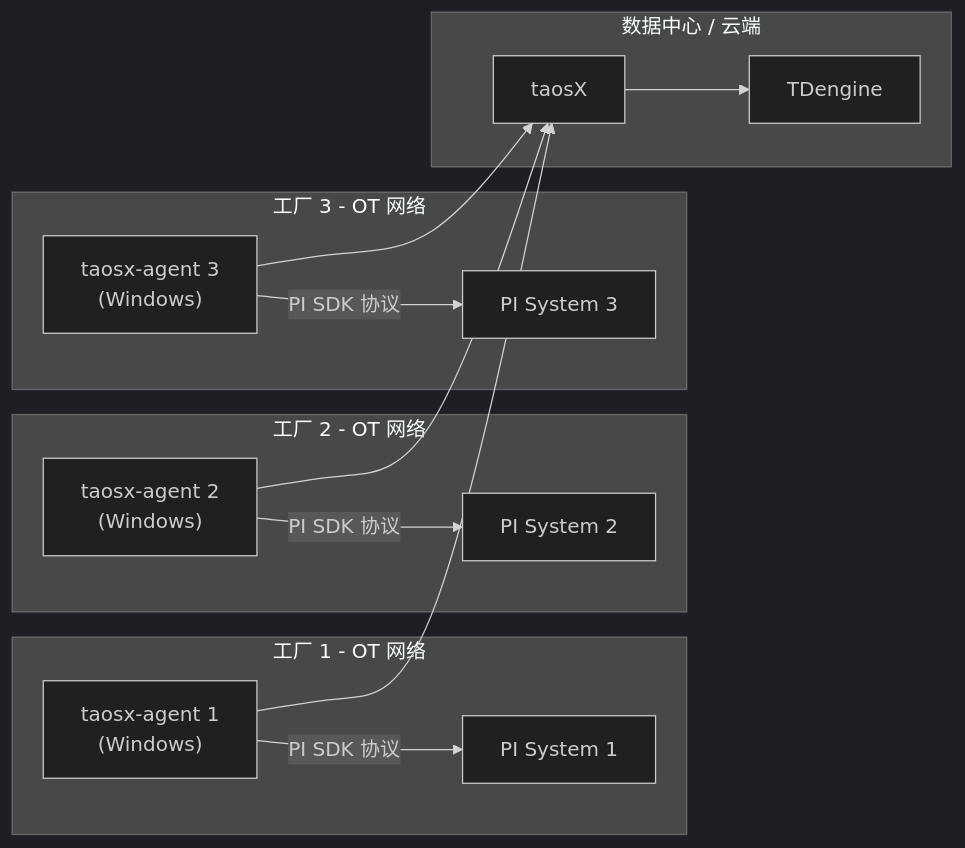
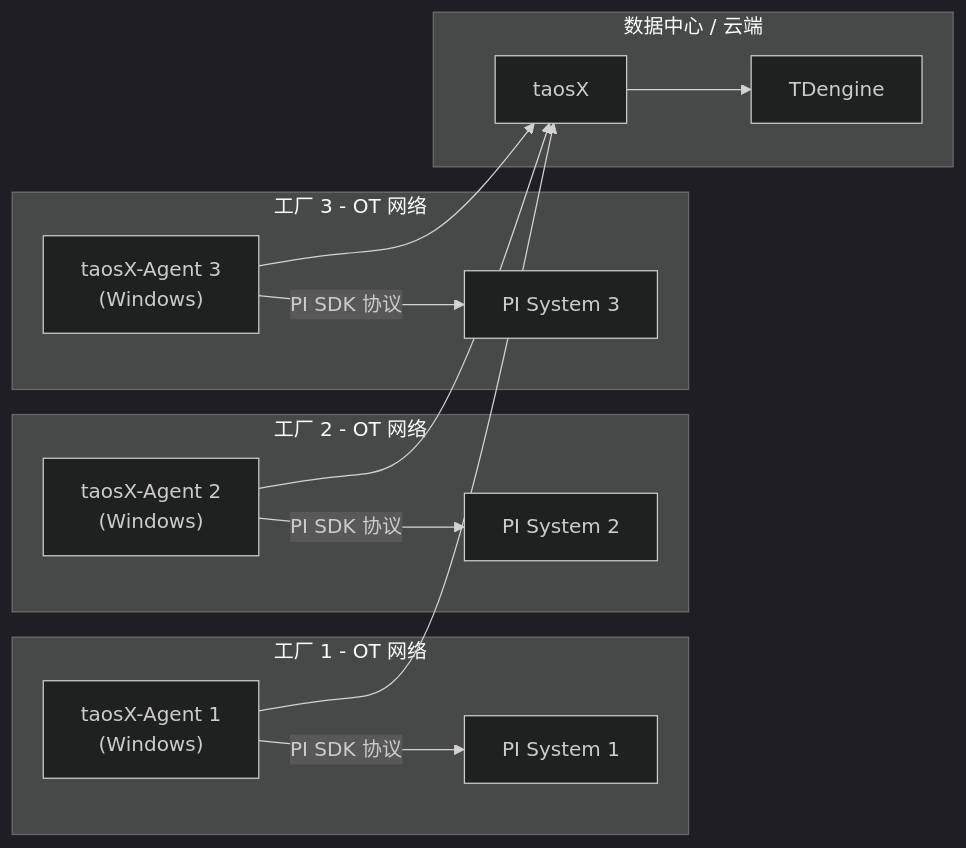
The third of 3 diagrams in docs/zh/08-data-ingest-and-delivery/01-no-code-ingestion/04-pi/02-deployment-architecture.md (taosdata/TDengine), drawn with Mermaid (dark theme) before and after one commit. The commit also changed other lines of this file and 35 other files, not shown here.

````diff
--- a/docs/zh/08-data-ingest-and-delivery/01-no-code-ingestion/04-pi/02-deployment-architecture.md
+++ b/docs/zh/08-data-ingest-and-delivery/01-no-code-ingestion/04-pi/02-deployment-architecture.md
@@ -84,26 +84,26 @@
 ```mermaid
 graph LR
     subgraph Plant1["工厂 1 - OT 网络"]
         PI1["PI System 1"]
-        AG1["taosx-agent 1<br/>(Windows)"]
+        AG1["taosX-Agent 1<br/>(Windows)"]
     end
     subgraph Plant2["工厂 2 - OT 网络"]
         PI2["PI System 2"]
-        AG2["taosx-agent 2<br/>(Windows)"]
+        AG2["taosX-Agent 2<br/>(Windows)"]
     end
     subgraph Plant3["工厂 3 - OT 网络"]
         PI3["PI System 3"]
-        AG3["taosx-agent 3<br/>(Windows)"]
+        AG3["taosX-Agent 3<br/>(Windows)"]
     end
     subgraph DC["数据中心 / 云端"]
         TX["taosX"]
         TD["TDengine"]
     end
     AG1 -- "PI SDK 协议" --> PI1
     AG2 -- "PI SDK 协议" --> PI2
     AG3 -- "PI SDK 协议" --> PI3
     AG1 --> TX
     AG2 --> TX
     AG3 --> TX
     TX --> TD
 ```
````
